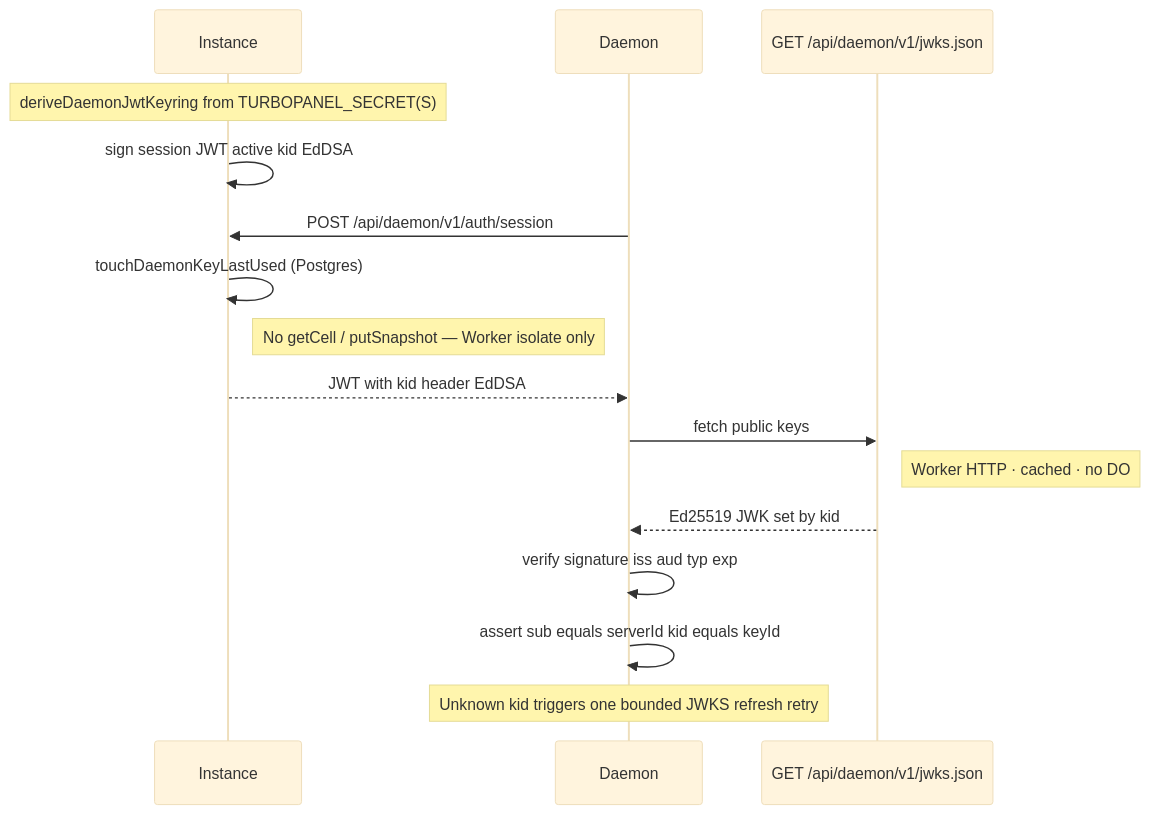
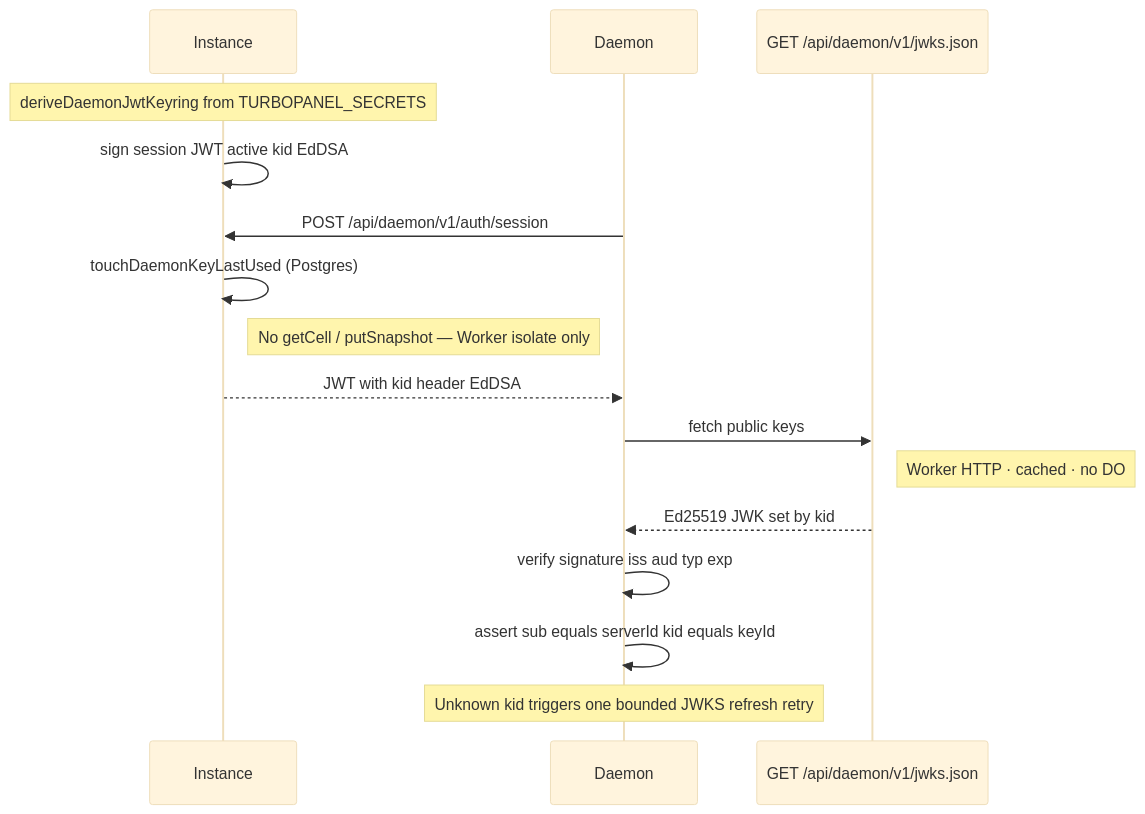
The seventh of 8 diagrams in docs/architecture/daemon-cell.mdx (TurboPanel/website), drawn with Mermaid (base theme) before and after one commit. The commit also changed other lines of this file and 24 other files, not shown here.

````diff
--- a/docs/architecture/daemon-cell.mdx
+++ b/docs/architecture/daemon-cell.mdx
@@ -414,23 +414,23 @@
 ```mermaid
 sequenceDiagram
     participant Instance
     participant Daemon
     participant JWKS as GET /api/daemon/v1/jwks.json
 
-    Note over Instance: deriveDaemonJwtKeyring from TURBOPANEL_SECRET(S)
+    Note over Instance: deriveDaemonJwtKeyring from TURBOPANEL_SECRETS
     Instance->>Instance: sign session JWT active kid EdDSA
 
     Daemon->>Instance: POST /api/daemon/v1/auth/session
     Instance->>Instance: touchDaemonKeyLastUsed (Postgres)
     Note right of Instance: No getCell / putSnapshot — Worker isolate only
     Instance-->>Daemon: JWT with kid header EdDSA
 
     Daemon->>JWKS: fetch public keys
     Note right of JWKS: Worker HTTP · cached · no DO
     JWKS-->>Daemon: Ed25519 JWK set by kid
 
     Daemon->>Daemon: verify signature iss aud typ exp
     Daemon->>Daemon: assert sub equals serverId kid equals keyId
 
     Note over Daemon: Unknown kid triggers one bounded JWKS refresh retry
 ```
````
